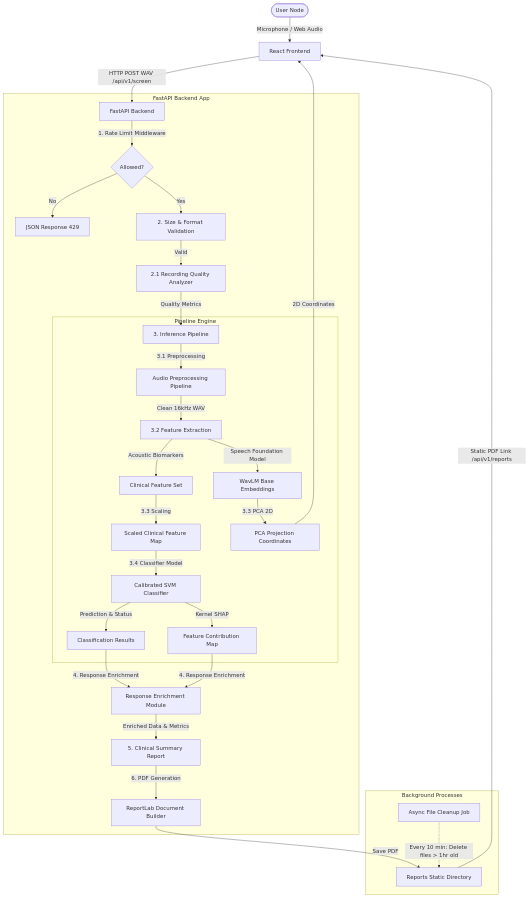
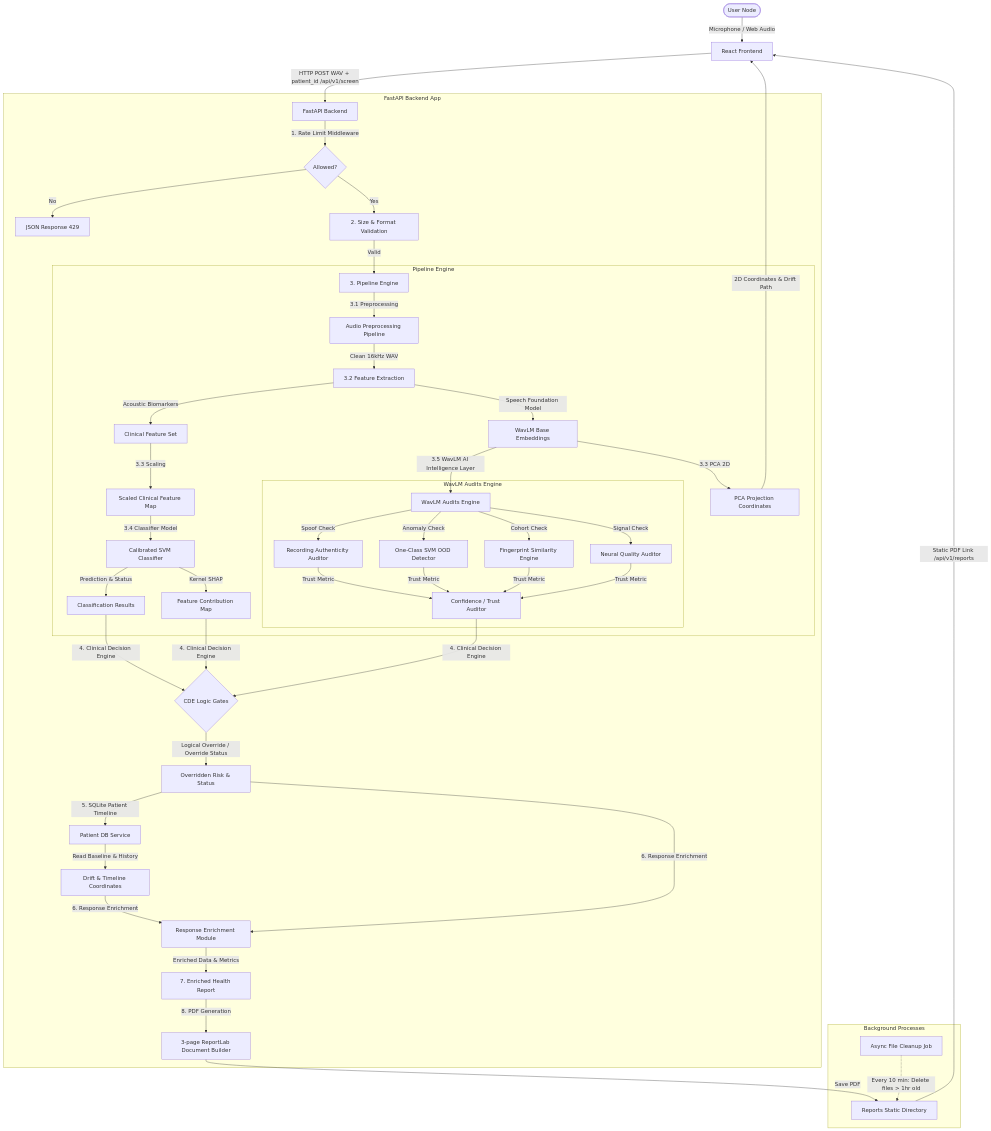
The diagram in docs/architecture.md (VaibhavUPratap/vitavoice), drawn with Mermaid before and after one commit. The commit also changed other lines of this file and 5 other files, not shown here.

Commit message:
docs: update system design, architecture diagrams, and developer guides

````diff
--- a/docs/architecture.md
+++ b/docs/architecture.md
@@ -13,42 +13,59 @@
 ```mermaid
 graph TD
     User([User Node]) -->|Microphone / Web Audio| FE[React Frontend]
-    FE -->|HTTP POST WAV /api/v1/screen| BE[FastAPI Backend]
+    FE -->|HTTP POST WAV + patient_id /api/v1/screen| BE[FastAPI Backend]
     
     subgraph FastAPI Backend App
         BE -->|1. Rate Limit Middleware| RL{Allowed?}
         RL -->|No| R_429[JSON Response 429]
         RL -->|Yes| VAL[2. Size & Format Validation]
         
-        VAL -->|Valid| QUAL[2.1 Recording Quality Analyzer]
-        QUAL -->|Quality Metrics| INF[3. Inference Pipeline]
+        VAL -->|Valid| INF[3. Pipeline Engine]
         
         subgraph Pipeline Engine
             INF -->|3.1 Preprocessing| PP[Audio Preprocessing Pipeline]
             PP -->|Clean 16kHz WAV| FE_EXT[3.2 Feature Extraction]
             
             FE_EXT -->|Acoustic Biomarkers| F_CLI[Clinical Feature Set]
             FE_EXT -->|Speech Foundation Model| F_EMB[WavLM Base Embeddings]
             
             F_CLI -->|3.3 Scaling| SCALED[Scaled Clinical Feature Map]
             SCALED -->|3.4 Classifier Model| CLF[Calibrated SVM Classifier]
             
             F_EMB -->|3.3 PCA 2D| PCA_PROJ[PCA Projection Coordinates]
             
             CLF -->|Prediction & Status| OUT[Classification Results]
             CLF -->|Kernel SHAP| SHAP[Feature Contribution Map]
+            
+            F_EMB -->|3.5 WavLM AI Intelligence Layer| W_VFY[WavLM Audits Engine]
+            
+            subgraph WavLM Audits Engine
+                W_VFY -->|Spoof Check| AUTH[Recording Authenticity Auditor]
+                W_VFY -->|Anomaly Check| OOD[One-Class SVM OOD Detector]
+                W_VFY -->|Cohort Check| SIM[Fingerprint Similarity Engine]
+                W_VFY -->|Signal Check| QA[Neural Quality Auditor]
+                
+                AUTH & OOD & SIM & QA -->|Trust Metric| TRUST[Confidence / Trust Auditor]
+            end
         end
         
-        OUT & SHAP -->|4. Response Enrichment| ENRICH[Response Enrichment Module]
-        ENRICH -->|Enriched Data & Metrics| REP[5. Clinical Summary Report]
-        REP -->|6. PDF Generation| PDF[ReportLab Document Builder]
+        OUT & SHAP & TRUST -->|4. Clinical Decision Engine| CDE{CDE Logic Gates}
+        
+        CDE -->|Logical Override / Override Status| OVERRIDE[Overridden Risk & Status]
+        
+        OVERRIDE -->|5. SQLite Patient Timeline| DB_SERV[Patient DB Service]
+        DB_SERV -->|Read Baseline & History| DRIFT[Drift & Timeline Coordinates]
+        
+        DRIFT & OVERRIDE -->|6. Response Enrichment| ENRICH[Response Enrichment Module]
+        ENRICH -->|Enriched Data & Metrics| REP[7. Enriched Health Report]
+        REP -->|8. PDF Generation| PDF[3-page ReportLab Document Builder]
     end
     
     PDF -->|Save PDF| STR[Reports Static Directory]
     STR -->|Static PDF Link /api/v1/reports| FE
-    PCA_PROJ -->|2D Coordinates| FE
+    PCA_PROJ -->|2D Coordinates & Drift Path| FE
     
     subgraph Background Processes
         BG[Async File Cleanup Job] -.->|Every 10 min: Delete files > 1hr old| STR
     end
 ```
````
